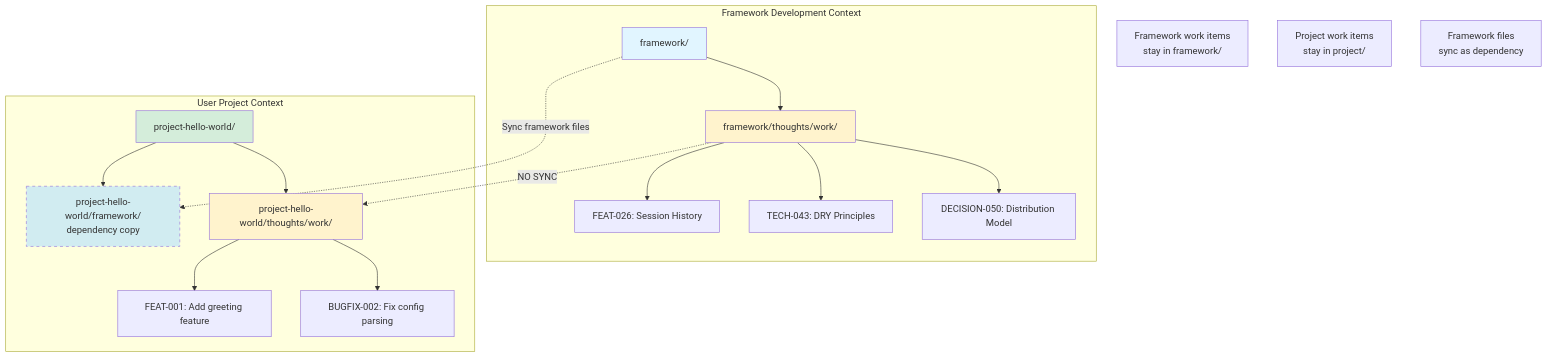
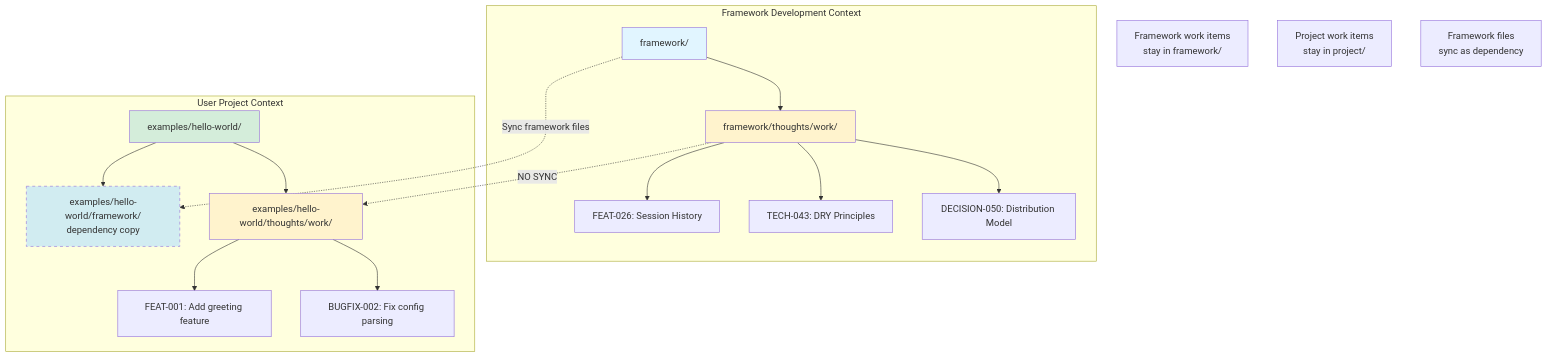
The fifth of 5 diagrams in framework/thoughts/work/backlog/DECISION-050-framework-distribution-flow-diagram.md (SpearIT-LLC/project-framework), drawn with Mermaid before and after one commit. The commit also changed other lines of this file and 6 other files, not shown here.

First line of the commit message:
docs(REFACTOR-052): Update Tier 2 work items with examples/hello-world path

````diff
--- a/framework/thoughts/work/backlog/DECISION-050-framework-distribution-flow-diagram.md
+++ b/framework/thoughts/work/backlog/DECISION-050-framework-distribution-flow-diagram.md
@@ -192,42 +192,42 @@
 ```mermaid
 graph TB
     subgraph "Framework Development Context"
         FW[framework/]
         FW_WORK[framework/thoughts/work/]
         FW_FEAT[FEAT-026: Session History]
         FW_TECH[TECH-043: DRY Principles]
         FW_DEC[DECISION-050: Distribution Model]
 
         FW --> FW_WORK
         FW_WORK --> FW_FEAT
         FW_WORK --> FW_TECH
         FW_WORK --> FW_DEC
 
         style FW fill:#e1f5ff
         style FW_WORK fill:#fff3cd
     end
 
     subgraph "User Project Context"
-        PROJ[project-hello-world/]
-        PROJ_FW[project-hello-world/framework/<br/>dependency copy]
-        PROJ_WORK[project-hello-world/thoughts/work/]
+        PROJ[examples/hello-world/]
+        PROJ_FW[examples/hello-world/framework/<br/>dependency copy]
+        PROJ_WORK[examples/hello-world/thoughts/work/]
         PROJ_FEAT[FEAT-001: Add greeting feature]
         PROJ_BUG[BUGFIX-002: Fix config parsing]
 
         PROJ --> PROJ_FW
         PROJ --> PROJ_WORK
         PROJ_WORK --> PROJ_FEAT
         PROJ_WORK --> PROJ_BUG
 
         style PROJ fill:#d4edda
         style PROJ_FW fill:#d1ecf1,stroke-dasharray: 5 5
         style PROJ_WORK fill:#fff3cd
     end
 
     FW -.->|Sync framework files| PROJ_FW
     FW_WORK -.->|NO SYNC| PROJ_WORK
 
     Note1[Framework work items<br/>stay in framework/]
     Note2[Project work items<br/>stay in project/]
     Note3[Framework files<br/>sync as dependency]
 ```
````
